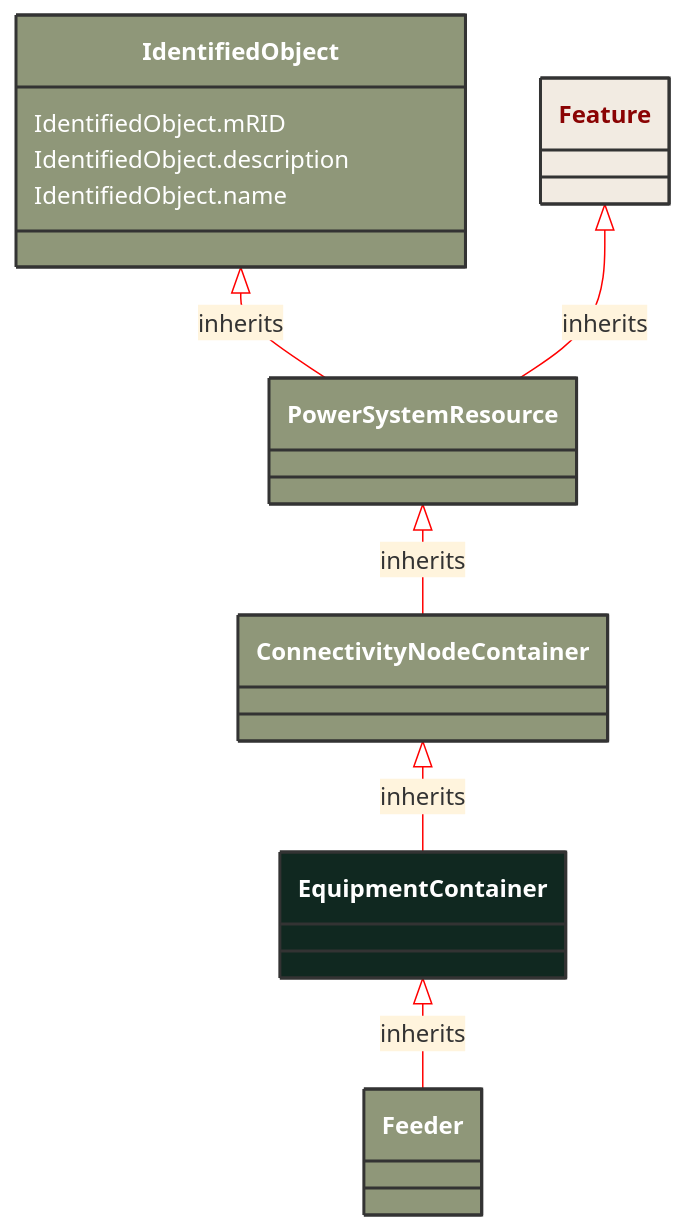
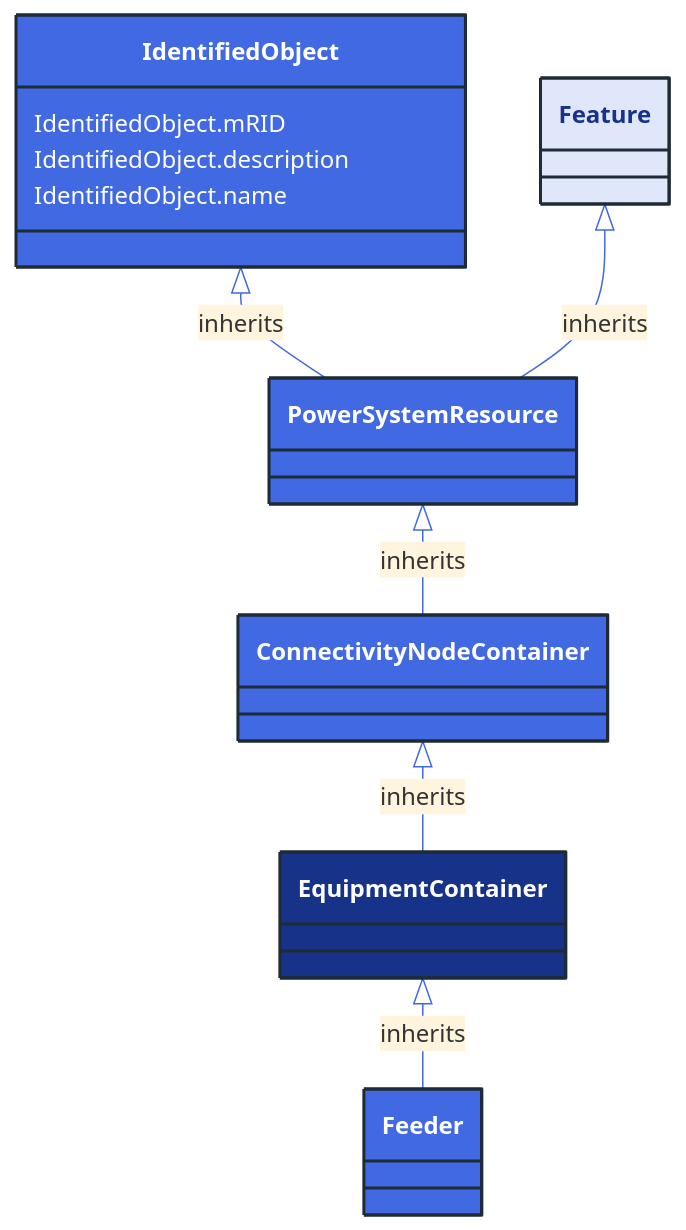
One commit to 3lbits/NoCIMExtensions changed the diagram in docs/Models/Profiles/GridCapacity/AbstractClasses/EquipmentContainer.md. Above: the diagram before and after it, drawn with Mermaid. The commit also changed 362 other files, not shown here.

First line of the commit message:
Update diagrams and styles for improved visual consistency

````diff
--- a/docs/Models/Profiles/GridCapacity/AbstractClasses/EquipmentContainer.md
+++ b/docs/Models/Profiles/GridCapacity/AbstractClasses/EquipmentContainer.md
@@ -10,35 +10,35 @@
 ```mermaid
-%%{init: {'theme':'base','themeVariables': {'lineColor': '#FF0000'}}}%%
+%%{init: {'theme':'base','themeVariables': {'lineColor': '#4169E1'}}}%%
 classDiagram
     class EquipmentContainer
     click EquipmentContainer href "/Models/Profiles/GridCapacity/AbstractClasses/EquipmentContainer/"
-    style EquipmentContainer fill:#102820,stroke:#333,stroke-width:2px,rx:10,ry:10,color:white
+    style EquipmentContainer fill:#163289,stroke:#1F2A37,stroke-width:2px,rx:10,ry:10,color:white
 
         EquipmentContainer <|-- Feeder : inherits
 
         Feeder
             click Feeder href "/Models/Profiles/GridCapacity/ConcreteClasses/Feeder/"
-            style Feeder fill:#8F9779,stroke:#333,stroke-width:2px,rx:10,ry:10,color:white
+            style Feeder fill:#4169E1,stroke:#1F2A37,stroke-width:2px,rx:10,ry:10,color:white
      
         ConnectivityNodeContainer <|-- EquipmentContainer : inherits
             click ConnectivityNodeContainer href "/Models/Profiles/GridCapacity/AbstractClasses/ConnectivityNodeContainer/"
-            style ConnectivityNodeContainer fill:#8F9779,stroke:#333,stroke-width:2px,rx:10,ry:10,color:white
+            style ConnectivityNodeContainer fill:#4169E1,stroke:#1F2A37,stroke-width:2px,rx:10,ry:10,color:white
      
         PowerSystemResource <|-- ConnectivityNodeContainer : inherits
             click PowerSystemResource href "/Models/Profiles/GridCapacity/AbstractClasses/PowerSystemResource/"
-            style PowerSystemResource fill:#8F9779,stroke:#333,stroke-width:2px,rx:10,ry:10,color:white
+            style PowerSystemResource fill:#4169E1,stroke:#1F2A37,stroke-width:2px,rx:10,ry:10,color:white
      
         IdentifiedObject <|-- PowerSystemResource : inherits
             click IdentifiedObject href "/Models/Profiles/GridCapacity/AbstractClasses/IdentifiedObject/"
-            style IdentifiedObject fill:#8F9779,stroke:#333,stroke-width:2px,rx:10,ry:10,color:white
+            style IdentifiedObject fill:#4169E1,stroke:#1F2A37,stroke-width:2px,rx:10,ry:10,color:white
 
         Feature <|-- PowerSystemResource : inherits
             click Feature href "/Models/Profiles/GridCapacity/AbstractClasses/Feature/"
-            style Feature fill:#F2EBE2,stroke:#333,stroke-width:2px,rx:10,ry:10,color:#8A0303
+            style Feature fill:#E0E7FA,stroke:#1F2A37,stroke-width:2px,rx:10,ry:10,color:#163289
 
 
 
         IdentifiedObject : IdentifiedObject.mRID
         IdentifiedObject : IdentifiedObject.description
         IdentifiedObject : IdentifiedObject.name
 ```
````
